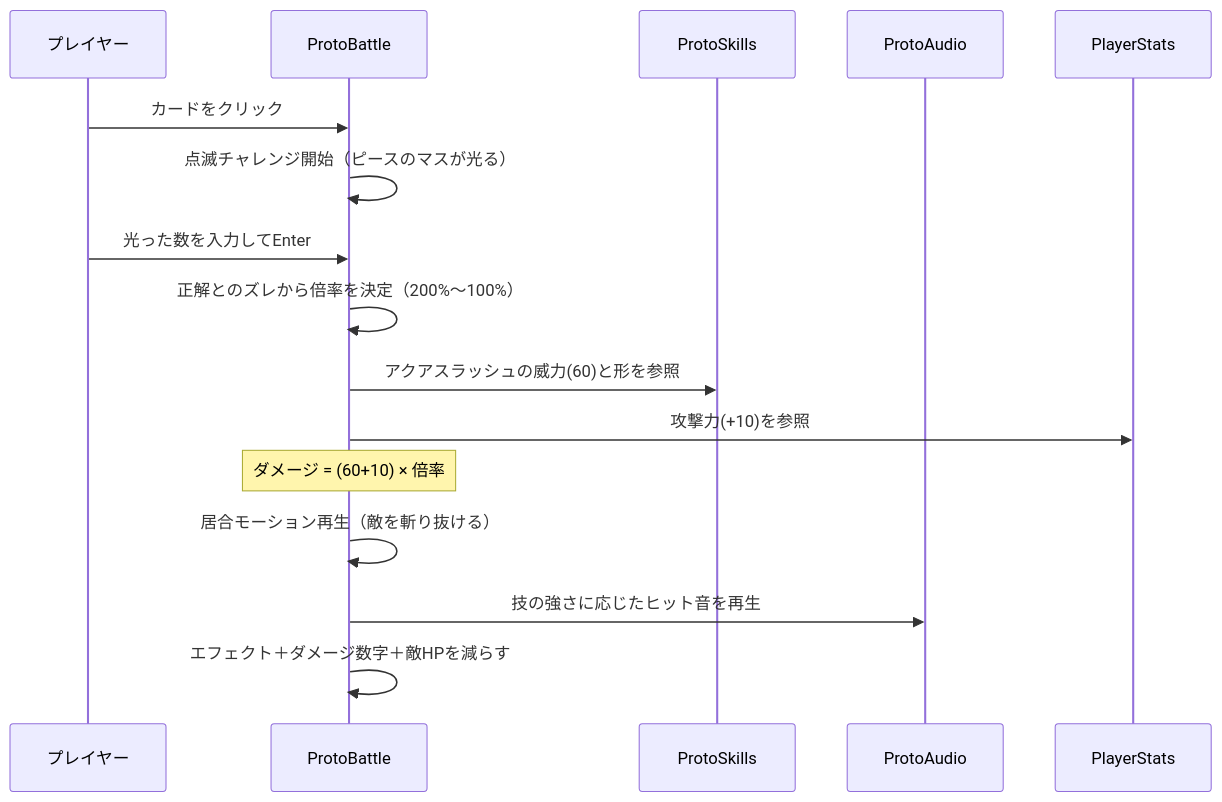
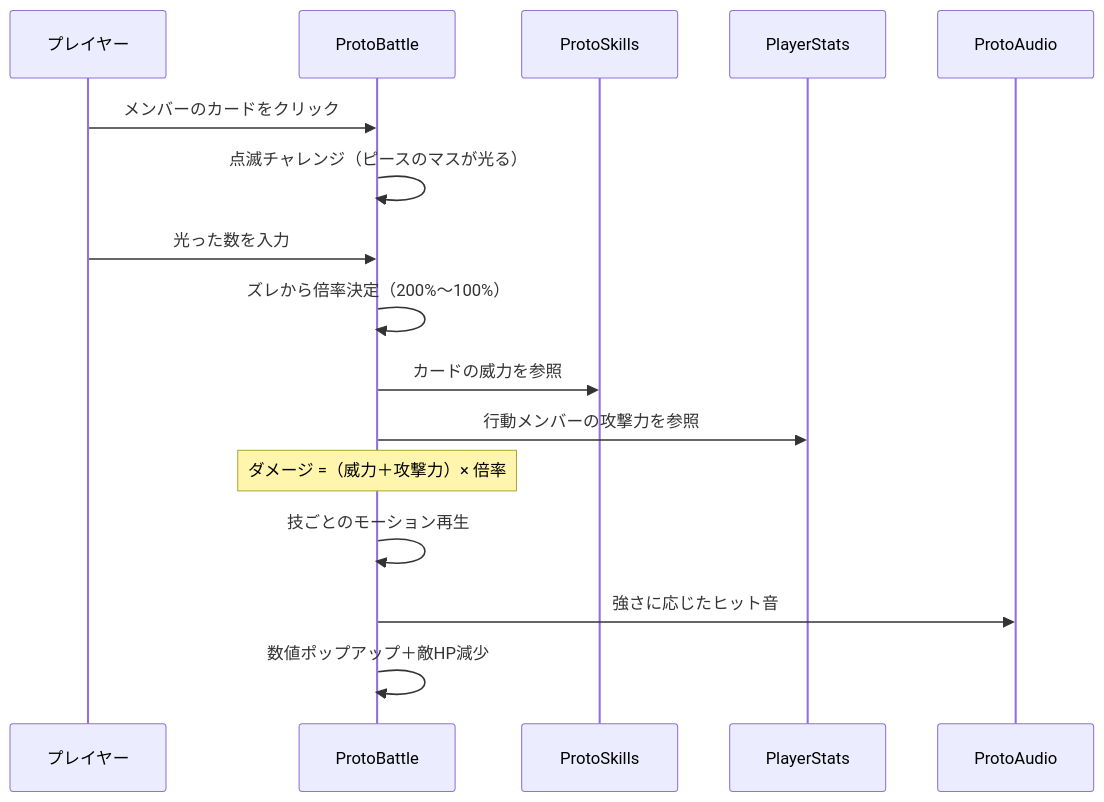
Before and after one commit to yoshiki244/mama_game: the third of 3 diagrams in docs/ソースコード解説.md, drawn with Mermaid. The commit also changed other lines of this file and 2 other files, not shown here.

````diff
--- a/docs/ソースコード解説.md
+++ b/docs/ソースコード解説.md
@@ -161,19 +165,18 @@
 ```mermaid
 sequenceDiagram
     participant P as プレイヤー
     participant B as ProtoBattle
     participant S as ProtoSkills
+    participant ST as PlayerStats
     participant A as ProtoAudio
-    participant ST as PlayerStats
-
-    P->>B: カードをクリック
-    B->>B: 点滅チャレンジ開始（ピースのマスが光る）
-    P->>B: 光った数を入力してEnter
-    B->>B: 正解とのズレから倍率を決定（200%〜100%）
-    B->>S: アクアスラッシュの威力(60)と形を参照
-    B->>ST: 攻撃力(+10)を参照
-    Note over B: ダメージ = (60+10) × 倍率
-    B->>B: 居合モーション再生（敵を斬り抜ける）
-    B->>A: 技の強さに応じたヒット音を再生
-    B->>B: エフェクト＋ダメージ数字＋敵HPを減らす
+    P->>B: メンバーのカードをクリック
+    B->>B: 点滅チャレンジ（ピースのマスが光る）
+    P->>B: 光った数を入力
+    B->>B: ズレから倍率決定（200%〜100%）
+    B->>S: カードの威力を参照
+    B->>ST: 行動メンバーの攻撃力を参照
+    Note over B: ダメージ =（威力＋攻撃力）× 倍率
+    B->>B: 技ごとのモーション再生
+    B->>A: 強さに応じたヒット音
+    B->>B: 数値ポップアップ＋敵HP減少
 ```
````
